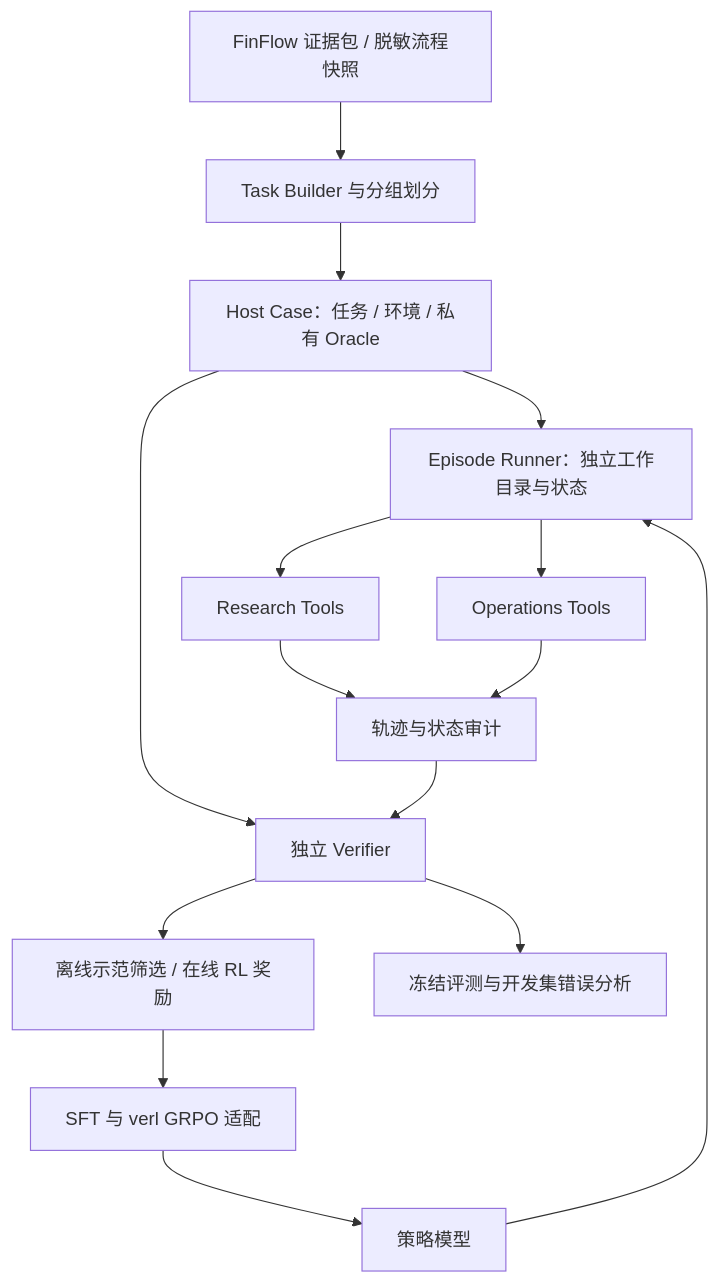
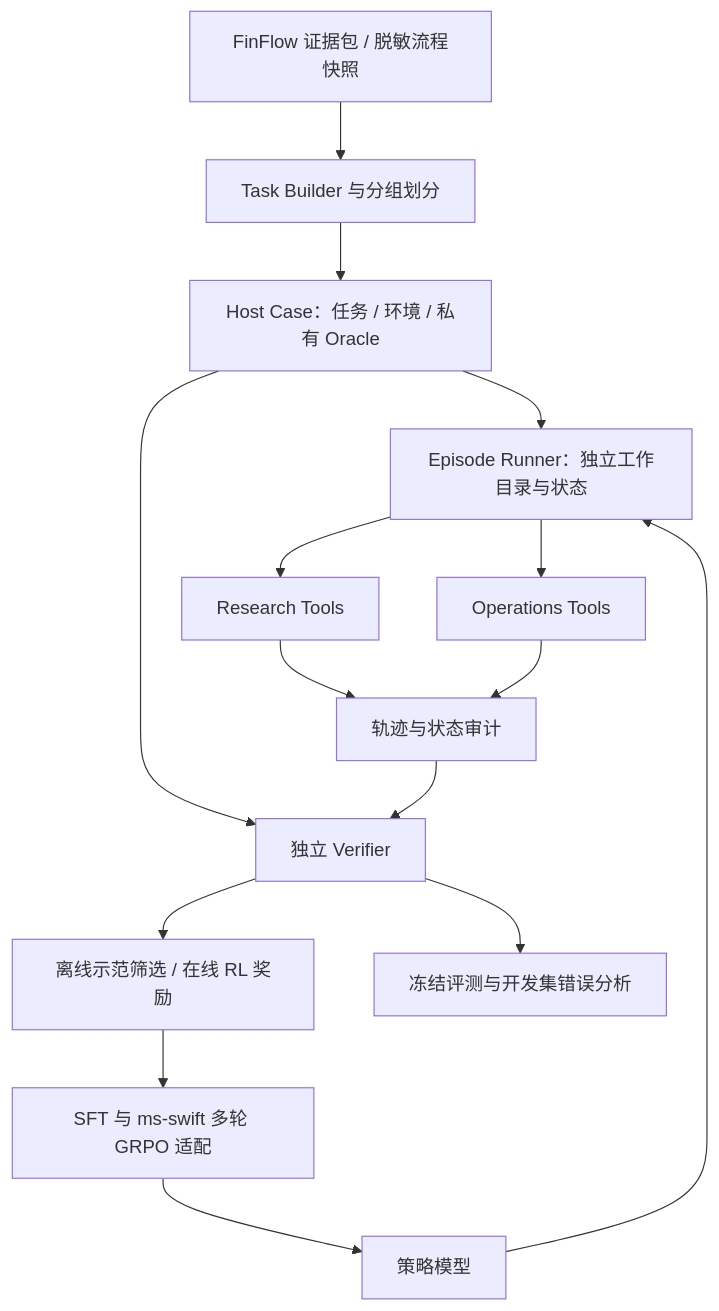
One commit to Chal1ce/FinFlow changed the diagram in agent/README.md. Above: the diagram before and after it, drawn with Mermaid. The commit also changed other lines of this file and 21 other files, not shown here.

Commit message:
feat: add financial research agent SFT and multi-turn GRPO

````diff
--- a/agent/README.md
+++ b/agent/README.md
@@ -48,17 +48,17 @@
 ```mermaid
 flowchart TB
     F[FinFlow 证据包 / 脱敏流程快照] --> B[Task Builder 与分组划分]
     B --> H[Host Case：任务 / 环境 / 私有 Oracle]
     H --> E[Episode Runner：独立工作目录与状态]
     P[策略模型] --> E
     E --> R[Research Tools]
     E --> O[Operations Tools]
     R --> T[轨迹与状态审计]
     O --> T
     H --> V[独立 Verifier]
     T --> V
     V --> D[离线示范筛选 / 在线 RL 奖励]
-    D --> S[SFT 与 verl GRPO 适配]
+    D --> S[SFT 与 ms-swift 多轮 GRPO 适配]
     S --> P
     V --> Q[冻结评测与开发集错误分析]
 ```
````
